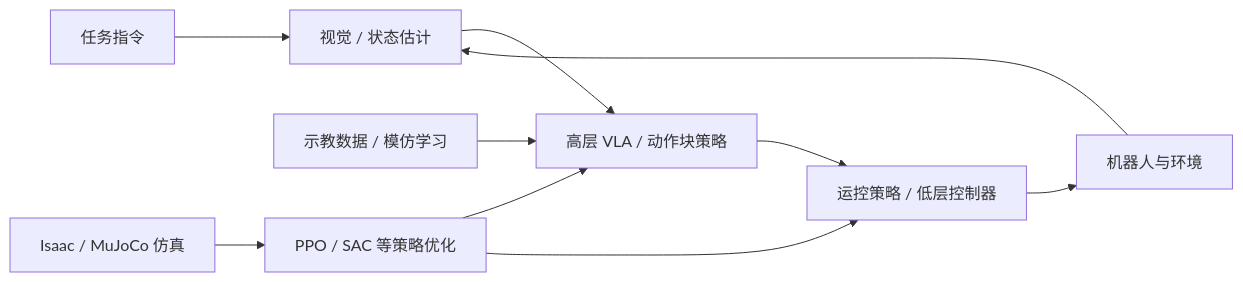
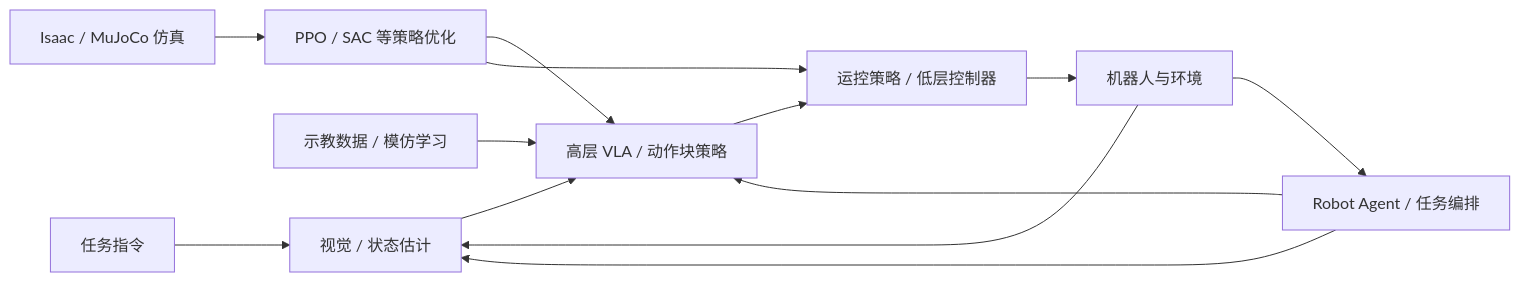
Before and after one commit to zengxiong111/Foundation_of_Embodied_AI: the diagram in syllabus/COURSE_MAP_ZH.md, drawn with Mermaid. The commit also changed other lines of this file and 57 other files, not shown here.

First line of the commit message:
Expand imitation and vision tutorials, add Robot Agent chapter, remove duplicated explanations (#3)

````diff
--- a/syllabus/COURSE_MAP_ZH.md
+++ b/syllabus/COURSE_MAP_ZH.md
@@ -17,12 +18,15 @@
 ```mermaid
 flowchart LR
  A["任务指令"] --> B["视觉 / 状态估计"]
  B --> C["高层 VLA / 动作块策略"]
  C --> D["运控策略 / 低层控制器"]
  D --> E["机器人与环境"]
  E --> B
  F["示教数据 / 模仿学习"] --> C
  G["Isaac / MuJoCo 仿真"] --> H["PPO / SAC 等策略优化"]
  H --> C
  H --> D
+ X["Robot Agent / 任务编排"] --> B
+ X --> C
+ E --> X
 ```
````
